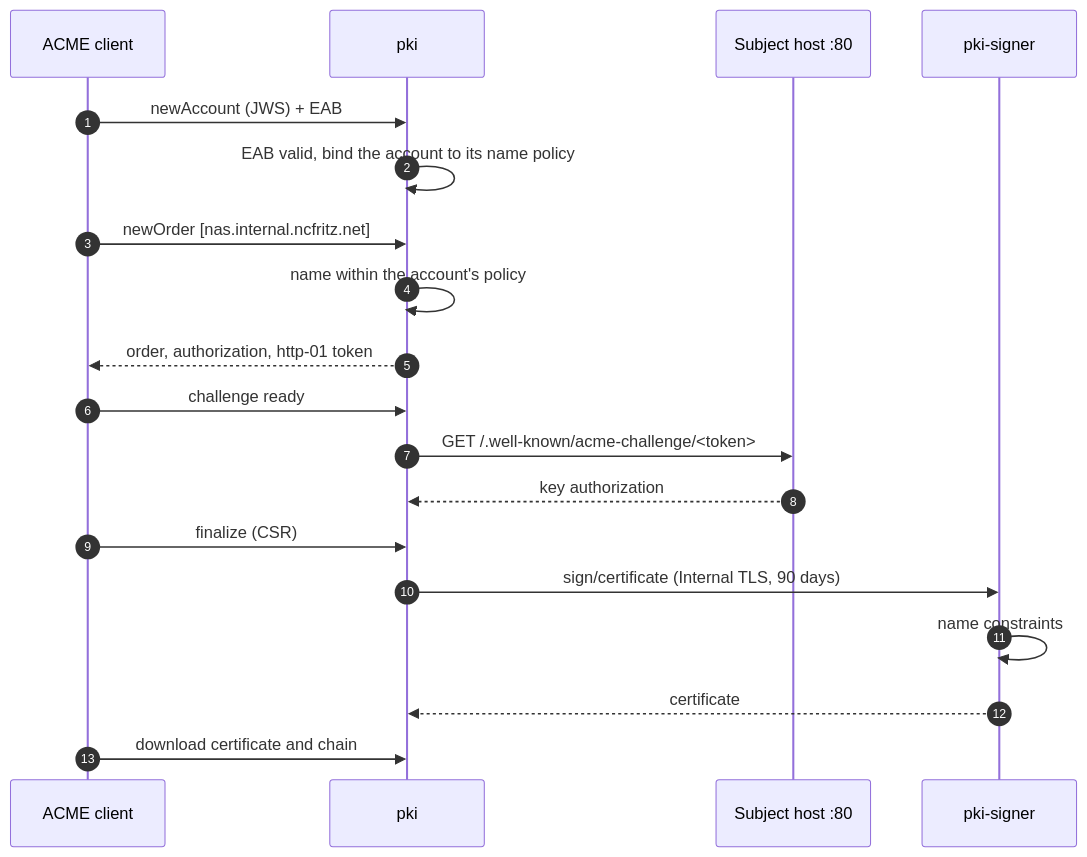
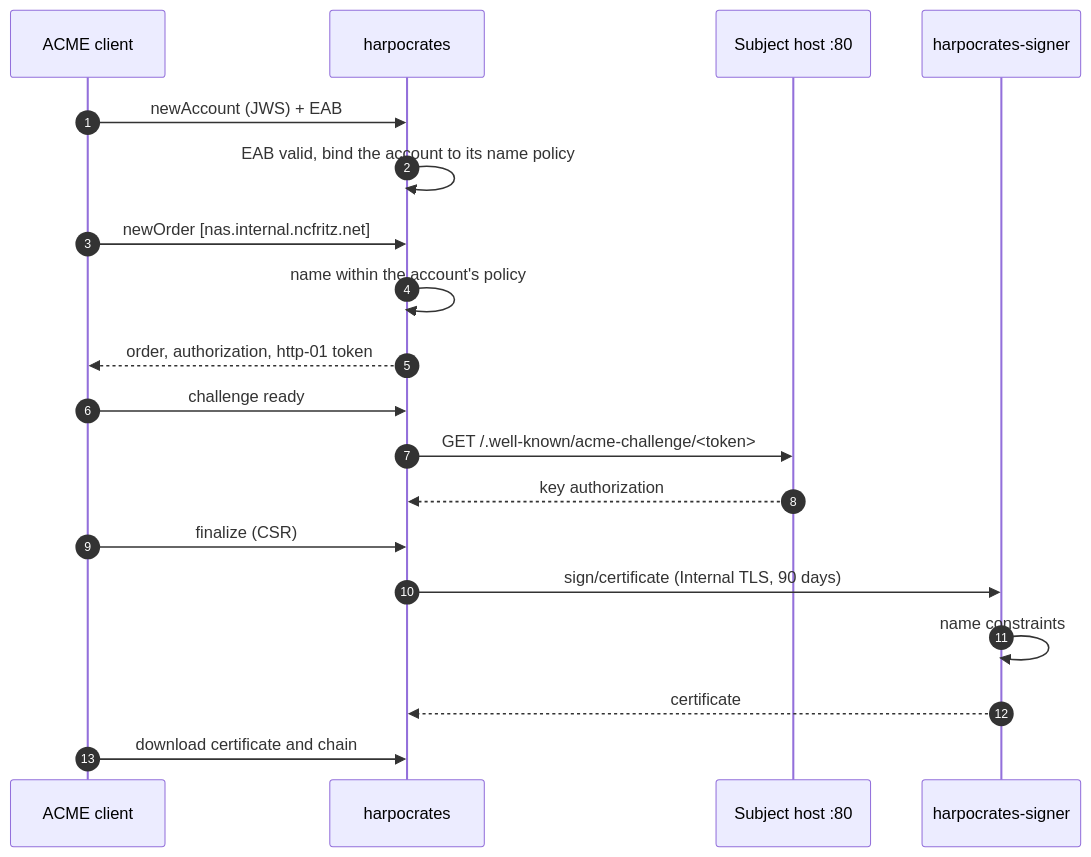
Before and after one commit to ncfritz/olympus: the third of 3 diagrams in docs/decisions/0020-internal-certificate-authority.md, drawn with Mermaid. The commit also changed other lines of this file and 7 other files, not shown here.

````diff
--- a/docs/decisions/0020-internal-certificate-authority.md
+++ b/docs/decisions/0020-internal-certificate-authority.md
@@ -383,22 +416,22 @@
 ```mermaid
 sequenceDiagram
   autonumber
   participant C as ACME client
-  participant P as pki
+  participant P as harpocrates
   participant H as Subject host :80
-  participant G as pki-signer
+  participant G as harpocrates-signer
 
   C->>P: newAccount (JWS) + EAB
   P->>P: EAB valid, bind the account to its name policy
   C->>P: newOrder [nas.internal.ncfritz.net]
   P->>P: name within the account's policy
   P-->>C: order, authorization, http-01 token
   C->>P: challenge ready
   P->>H: GET /.well-known/acme-challenge/<token>
   H-->>P: key authorization
   C->>P: finalize (CSR)
   P->>G: sign/certificate (Internal TLS, 90 days)
   G->>G: name constraints
   G-->>P: certificate
   C->>P: download certificate and chain
 ```
````
